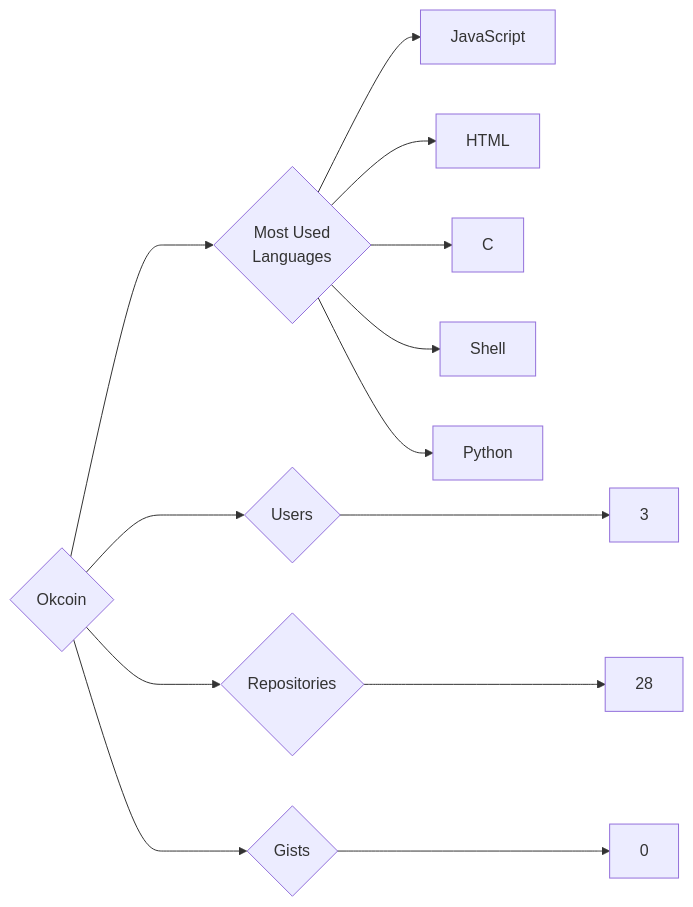
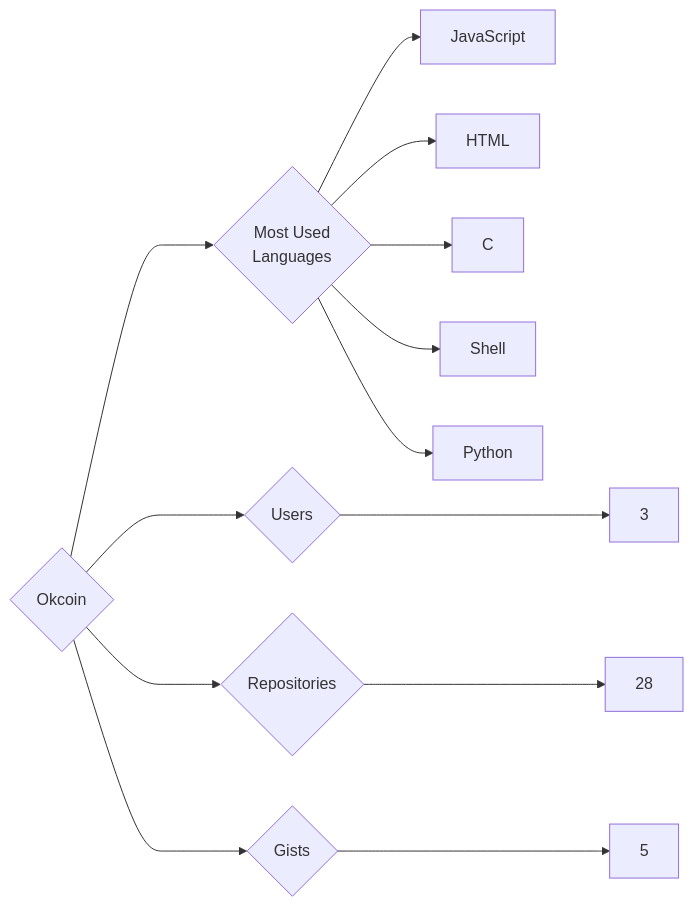
Before and after one commit to trickest/insiders: the diagram in targets/Okcoin/README.md, drawn with Mermaid. The commit also changed 1389 other files, not shown here.

````diff
--- a/targets/Okcoin/README.md
+++ b/targets/Okcoin/README.md
@@ -3,13 +3,13 @@
 ```mermaid
 graph LR
 COMPANY_NAME{Okcoin}
 COMPANY_NAME ---> U{Users} ---> UN[3]
 COMPANY_NAME ---> R{Repositories} ---> RN[28]
-COMPANY_NAME ---> G{Gists} ---> GN[0]
+COMPANY_NAME ---> G{Gists} ---> GN[5]
 COMPANY_NAME ---> ML{Most Used<br>Languages}
 ML --> JavaScript[JavaScript]
 ML --> HTML[HTML]
 ML --> C[C]
 ML --> Shell[Shell]
 ML --> Python[Python]
 ```
````
